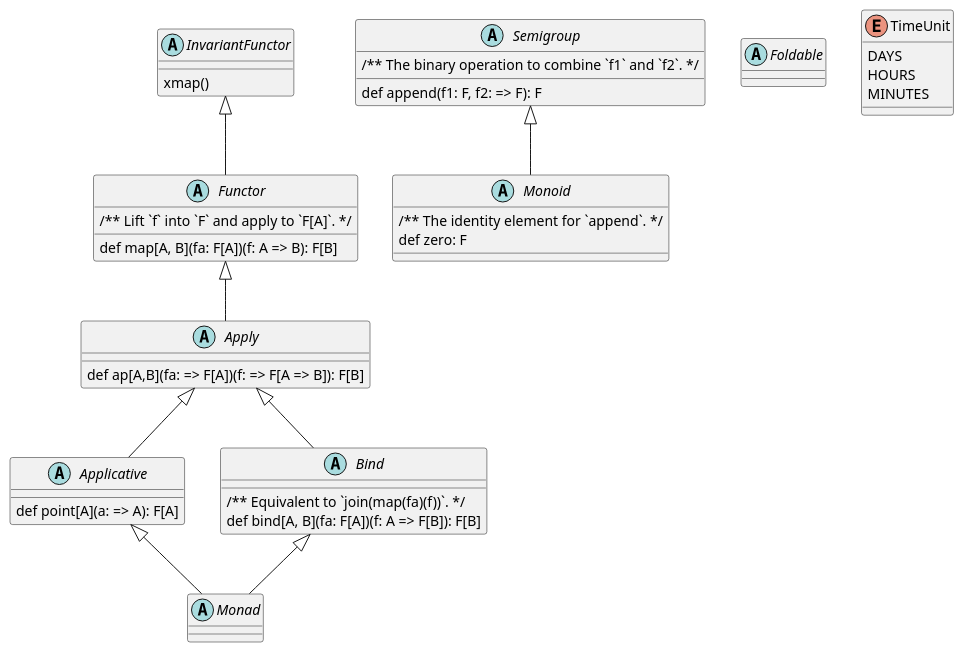
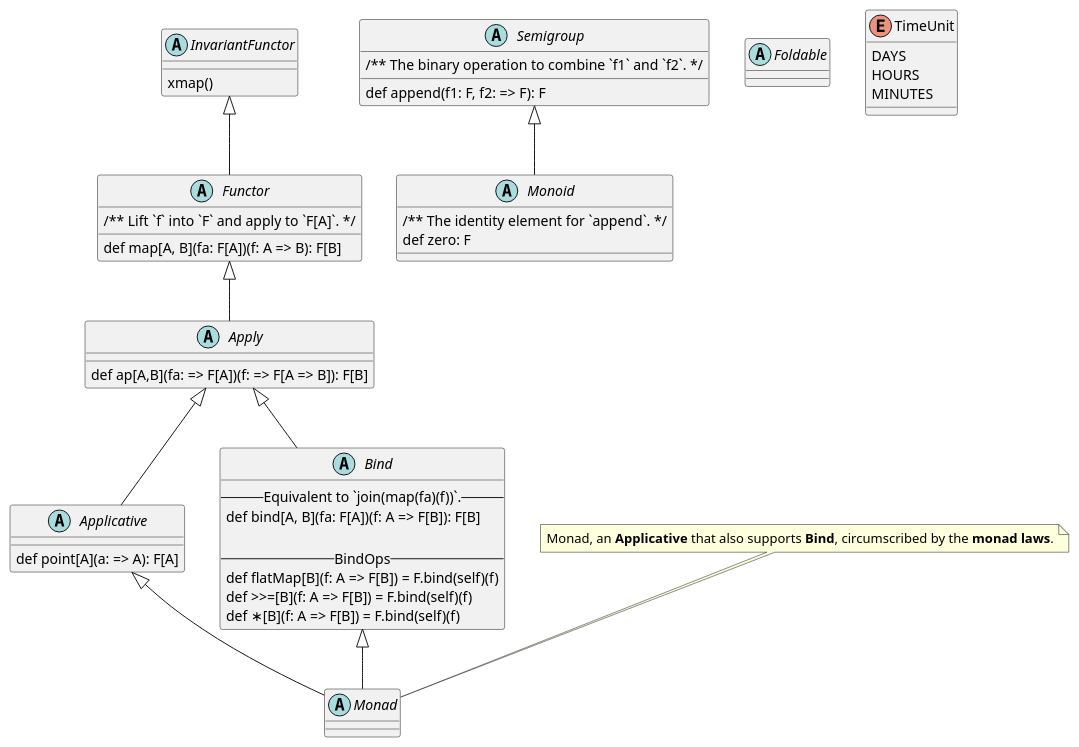
The diagram in imgs/scalaz.puml (zhenglaizhang/scala-mania), drawn with PlantUML before and after one commit. The commit also changed other lines of this file, not shown here.

Commit message:
Refine scalaz.pmul

```diff
--- a/imgs/scalaz.puml
+++ b/imgs/scalaz.puml
@@ -1,56 +1,69 @@
 @startuml
 
 abstract class InvariantFunctor {
     xmap()
 }
 abstract class Functor {
   /** Lift `f` into `F` and apply to `F[A]`. */
   def map[A, B](fa: F[A])(f: A => B): F[B]
 }
 
 abstract class Apply {
   def ap[A,B](fa: => F[A])(f: => F[A => B]): F[B]
 }
 abstract class Applicative {
   def point[A](a: => A): F[A]
 }
 
 
 abstract class Semigroup {
   /** The binary operation to combine `f1` and `f2`. */
   def append(f1: F, f2: => F): F
 }
 abstract class Monoid {
  /** The identity element for `append`. */
   def zero: F
 }
 
 Semigroup <|-- Monoid
 
 
-abstract class Monad
+abstract class Monad {
+
+}
+
+note "Monad, an <b>Applicative</b> that also supports <b>Bind</b>, circumscribed by the <b>monad laws</b>." as NM
+NM..Monad
+
+
+
 abstract class Foldable
 
 
 abstract class Bind {
- /** Equivalent to `join(map(fa)(f))`. */
+ -- Equivalent to `join(map(fa)(f))`. --
   def bind[A, B](fa: F[A])(f: A => F[B]): F[B]
+
+ -- BindOps --
+   def flatMap[B](f: A => F[B]) = F.bind(self)(f)
+   def >>=[B](f: A => F[B]) = F.bind(self)(f)
+   def ∗[B](f: A => F[B]) = F.bind(self)(f)
 }
 
 Applicative <|-- Monad
 Bind <|-- Monad
 Apply <|-- Bind
 
 
 InvariantFunctor <|-- Functor
 Functor <|-- Apply
 Apply <|-- Applicative
 
 
 enum TimeUnit {
 DAYS
 HOURS
 MINUTES
 }
 
 @enduml
```
